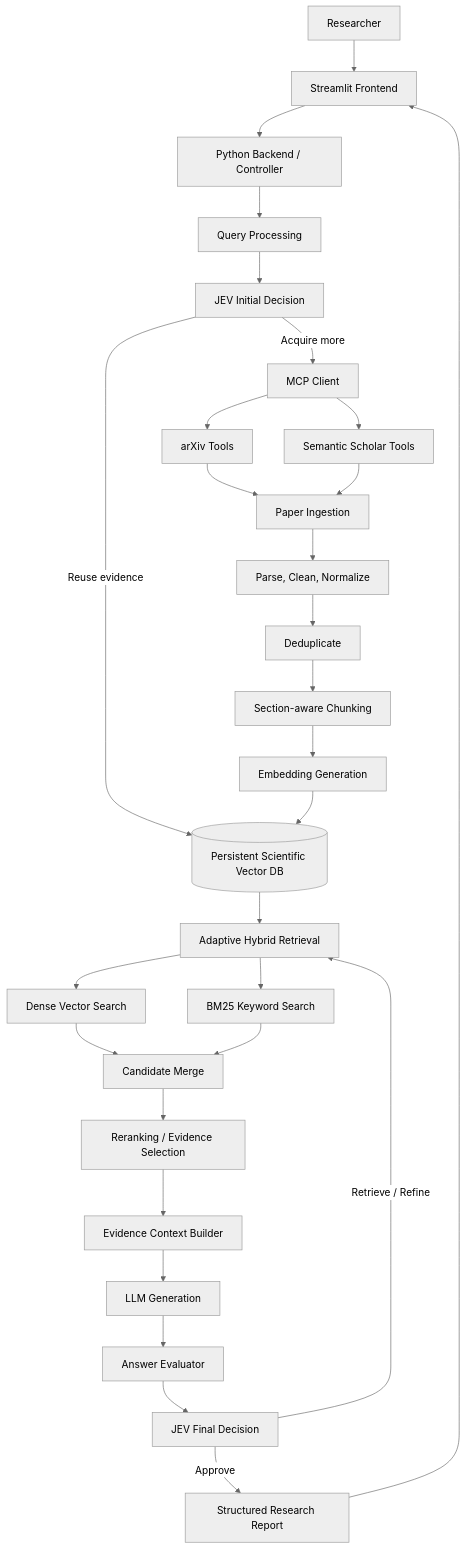
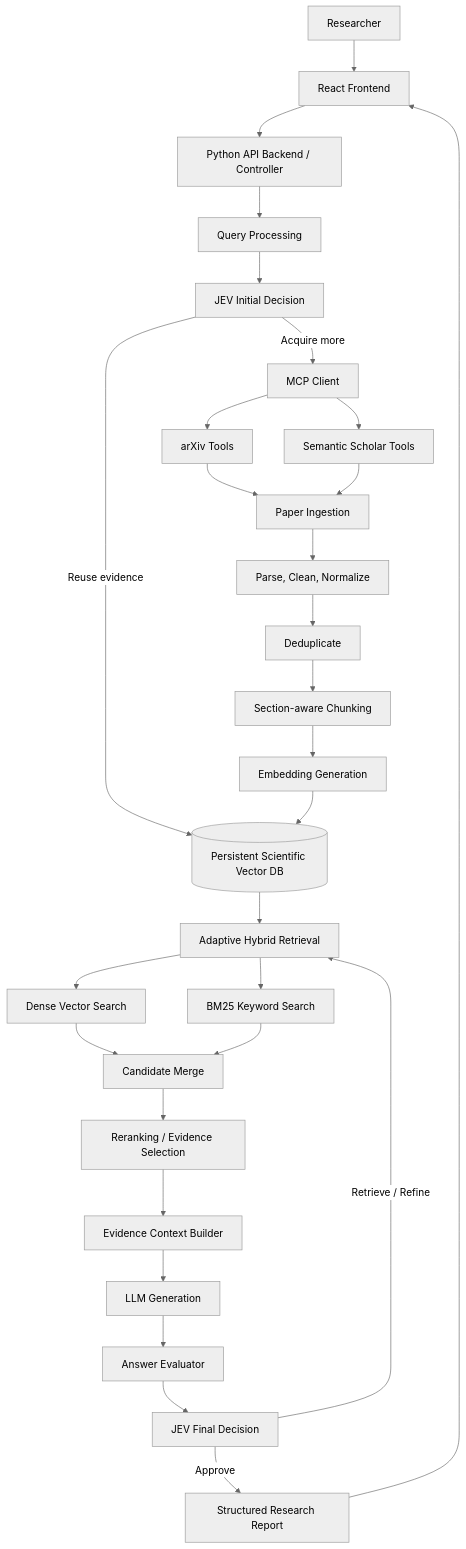
The diagram in README_MCP_Agentic_Research_Assistant.md (TatineniUvrdhveswara/MINI-Project), drawn with Mermaid (neutral theme) before and after one commit. The commit also changed other lines of this file, not shown here.

````diff
--- a/README_MCP_Agentic_Research_Assistant.md
+++ b/README_MCP_Agentic_Research_Assistant.md
@@ -65,31 +65,31 @@
 ```mermaid
 flowchart TD
-    U[Researcher] --> UI[Streamlit Frontend]
-    UI --> B[Python Backend / Controller]
+    U[Researcher] --> UI[React Frontend]
+    UI --> B[Python API Backend / Controller]
     B --> Q[Query Processing]
     Q --> J1[JEV Initial Decision]
     J1 -->|Reuse evidence| DB[(Persistent Scientific Vector DB)]
     J1 -->|Acquire more| MCP[MCP Client]
     MCP --> A[arXiv Tools]
     MCP --> S[Semantic Scholar Tools]
     A --> ING[Paper Ingestion]
     S --> ING
     ING --> P[Parse, Clean, Normalize]
     P --> D[Deduplicate]
     D --> C[Section-aware Chunking]
     C --> E[Embedding Generation]
     E --> DB
     DB --> R[Adaptive Hybrid Retrieval]
     R --> V[Dense Vector Search]
     R --> K[BM25 Keyword Search]
     V --> M[Candidate Merge]
     K --> M
     M --> RR[Reranking / Evidence Selection]
     RR --> CTX[Evidence Context Builder]
     CTX --> LLM[LLM Generation]
     LLM --> EV[Answer Evaluator]
     EV --> J2[JEV Final Decision]
     J2 -->|Approve| REP[Structured Research Report]
     J2 -->|Retrieve / Refine| R
     REP --> UI
 ```
````
